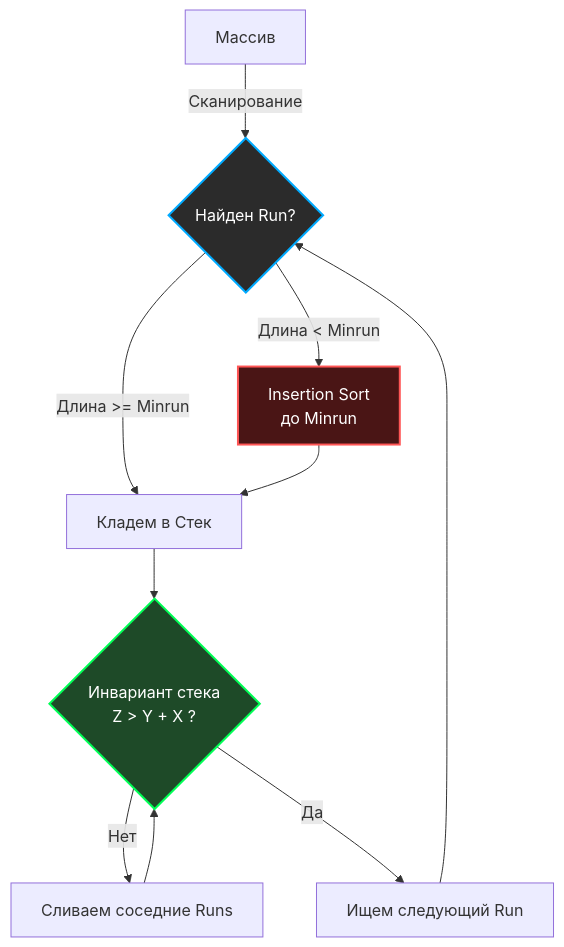
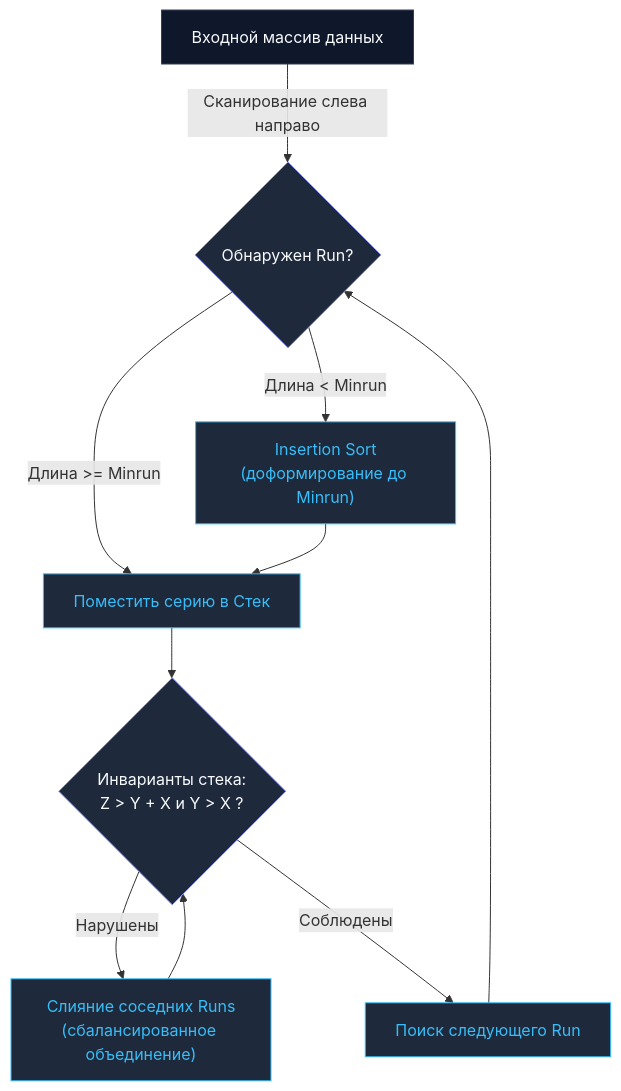
One commit to UnrealTemplier/go-textbook changed the diagram in sources/20. Алгоритмы и структуры данных (DSA) на Go/08. Сортировки/8. Tim sort концепция.md. Above: the diagram before and after it, drawn with Mermaid. The commit also changed other lines of this file, not shown here.

Commit message:
feat(module-20): editorial rewrite of 08.8 Tim sort in Kernighan style

````diff
--- a/sources/20. Алгоритмы и структуры данных (DSA) на Go/08. Сортировки/8. Tim sort концепция.md
+++ b/sources/20. Алгоритмы и структуры данных (DSA) на Go/08. Сортировки/8. Tim sort концепция.md
@@ -40,17 +46,22 @@
 ```mermaid
 flowchart TD
-    A["Массив"] -->|"Сканирование"| B{"Найден Run?"}
-    B -->|"Длина < Minrun"| C["Insertion Sort<br>до Minrun"]
-    B -->|"Длина >= Minrun"| D["Кладем в Стек"]
+    A["Входной массив данных"] -->|"Сканирование слева направо"| B{"Обнаружен Run?"}
+    B -->|"Длина < Minrun"| C["Insertion Sort<br/>(доформирование до Minrun)"]
+    B -->|"Длина >= Minrun"| D["Поместить серию в Стек"]
     C --> D
     
-    D --> E{"Инвариант стека<br>Z > Y + X ?"}
-    E -->|"Нет"| F["Сливаем соседние Runs"]
+    D --> E{"Инварианты стека:<br/>Z > Y + X и Y > X ?"}
+    E -->|"Нарушены"| F["Слияние соседних Runs<br/>(сбалансированное объединение)"]
     F --> E
-    E -->|"Да"| G["Ищем следующий Run"]
+    E -->|"Соблюдены"| G["Поиск следующего Run"]
     G --> B
-    
-    style B fill:#2b2b2b,stroke:#00aaff,stroke-width:2px,color:#fff
-    style C fill:#4a1515,stroke:#ff5555,stroke-width:2px,color:#fff
-    style E fill:#1e4a28,stroke:#00ff55,stroke-width:2px,color:#fff
+
+    classDef default fill:#0f172a,stroke:#334155,color:#f8fafc
+    classDef decision fill:#1e293b,stroke:#818cf8,color:#f8fafc
+    classDef step fill:#1e293b,stroke:#38bdf8,color:#38bdf8
+    classDef success fill:#1e293b,stroke:#10b981,color:#10b981
+
+    class A default
+    class B,E decision
+    class C,D,F,G step
 ```
````
